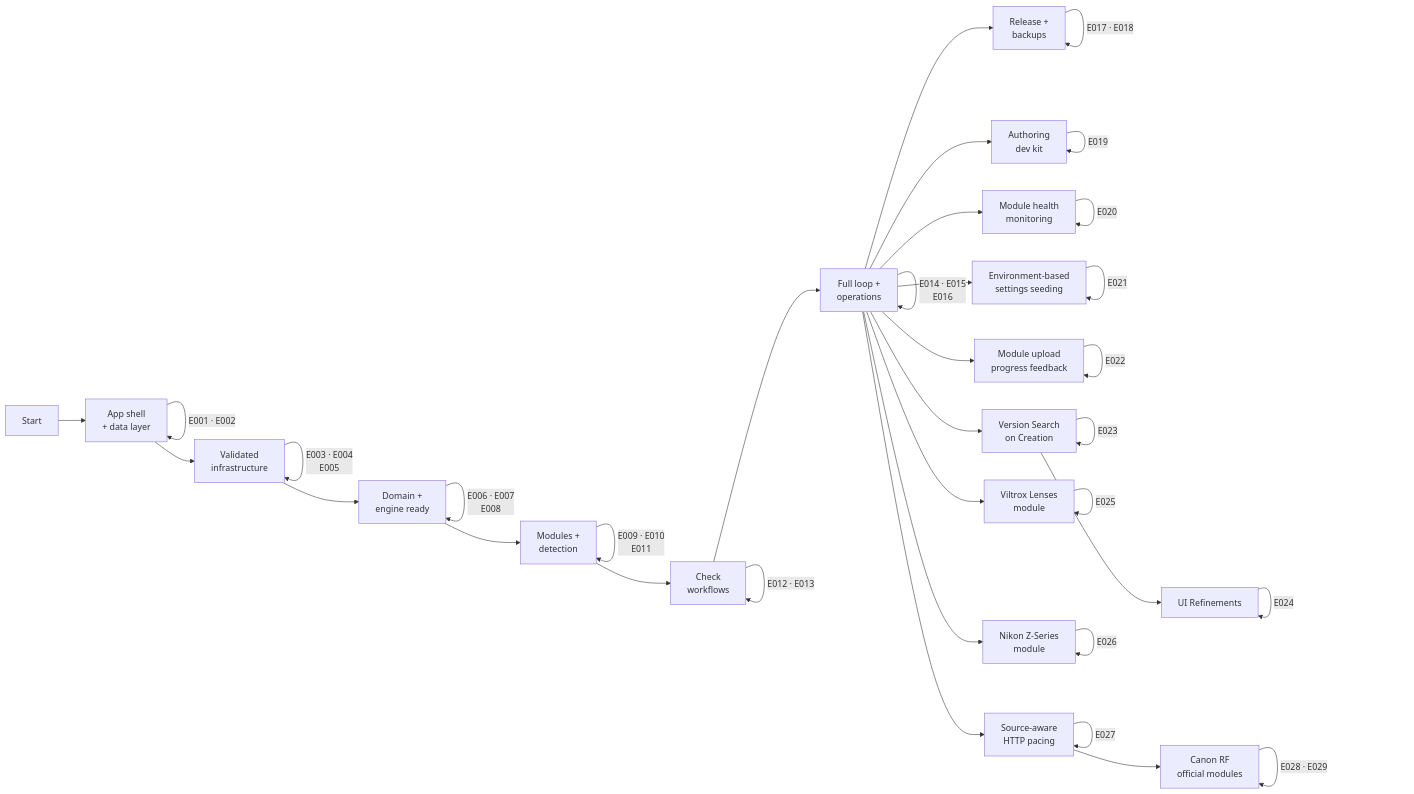
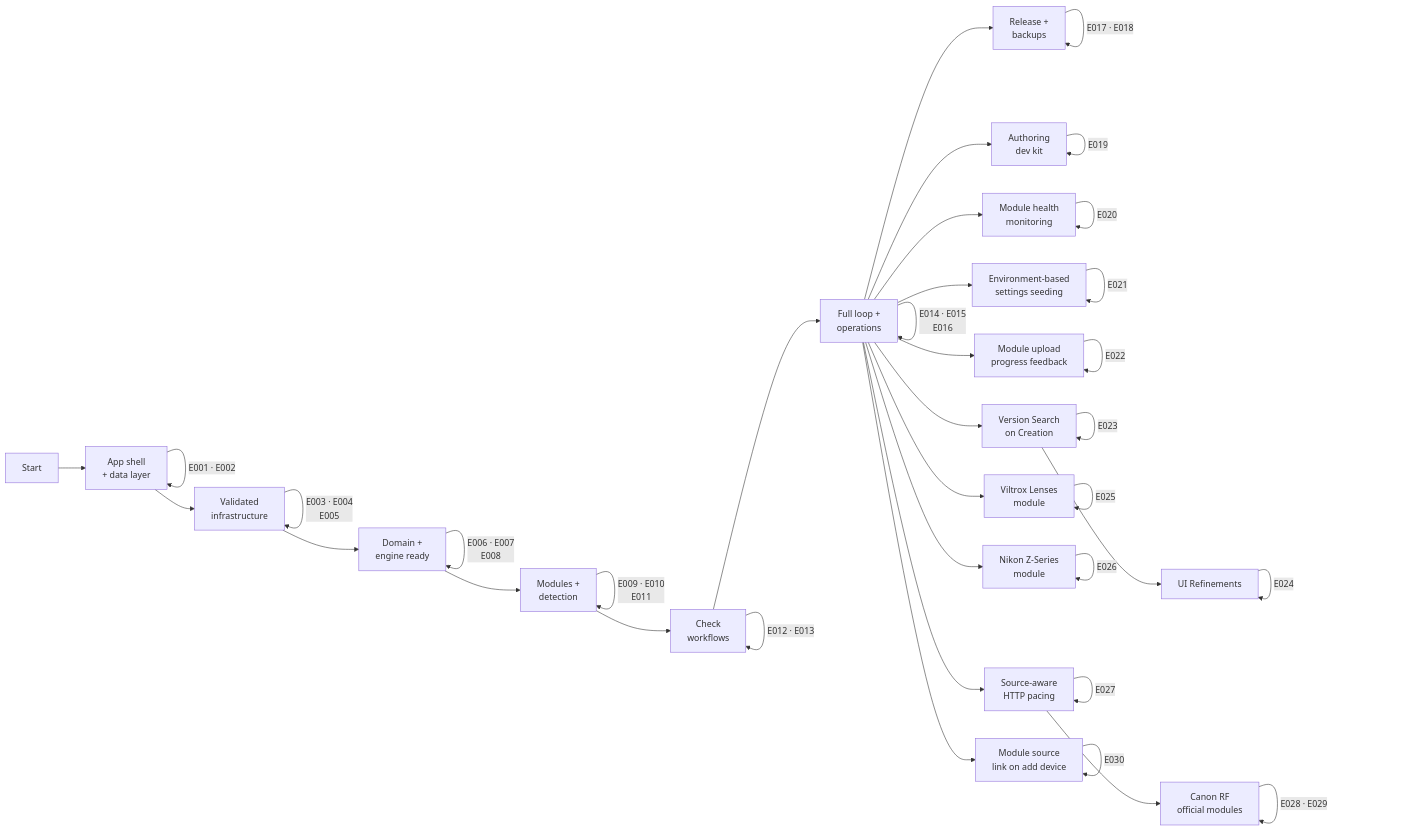
The diagram in specs/project-plan.md (attilaszasz/Binocular), drawn with Mermaid before and after one commit. The commit also changed other lines of this file and 43 other files, not shown here.

Commit message:
feat: add device module source links

````diff
--- a/specs/project-plan.md
+++ b/specs/project-plan.md
@@ -135,52 +141,55 @@
 ```mermaid
 graph LR
     START["Start"] --> M1["App shell<br>+ data layer"]
     M1 -->|"E001 · E002"| M1
 
     M1 --> M2["Validated<br>infrastructure"]
     M2 -->|"E003 · E004<br>E005"| M2
 
     M2 --> M3["Domain +<br>engine ready"]
     M3 -->|"E006 · E007<br>E008"| M3
 
     M3 --> M4["Modules +<br>detection"]
     M4 -->|"E009 · E010<br>E011"| M4
 
     M4 --> M5["Check<br>workflows"]
     M5 -->|"E012 · E013"| M5
 
     M5 --> M6["Full loop +<br>operations"]
     M6 -->|"E014 · E015<br>E016"| M6
 
     M6 --> M7["Release +<br>backups"]
     M7 -->|"E017 · E018"| M7
 
     M6 --> M8["Authoring<br>dev kit"]
     M8 -->|"E019"| M8
 
     M6 --> M9["Module health<br>monitoring"]
     M9 -->|"E020"| M9
 
     M6 --> M10["Environment-based<br>settings seeding"]
     M10 -->|"E021"| M10
 
     M6 --> M11["Module upload<br>progress feedback"]
     M11 -->|"E022"| M11
 
     M6 --> M12["Version Search<br>on Creation"]
     M12 -->|"E023"| M12
     M12 --> M13["UI Refinements"]
     M13 -->|"E024"| M13
 
     M6 --> M14["Viltrox Lenses<br>module"]
     M14 -->|"E025"| M14
 
     M6 --> M15["Nikon Z-Series<br>module"]
     M15 -->|"E026"| M15
 
     M6 --> M16["Source-aware<br>HTTP pacing"]
     M16 -->|"E027"| M16
 
     M16 --> M17["Canon RF<br>official modules"]
     M17 -->|"E028 · E029"| M17
+
+    M6 --> M18["Module source<br>link on add device"]
+    M18 -->|"E030"| M18
 ```
````
